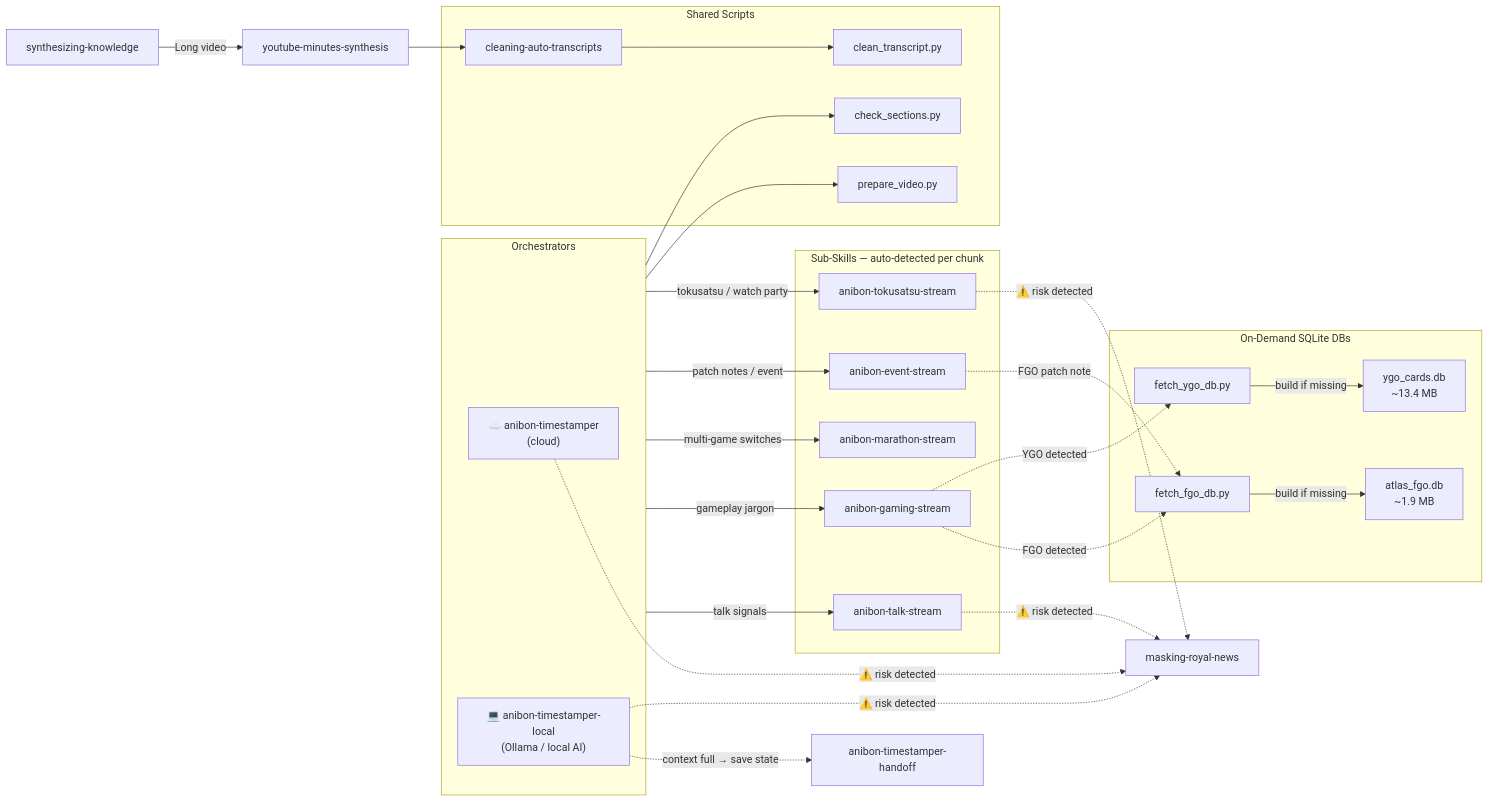
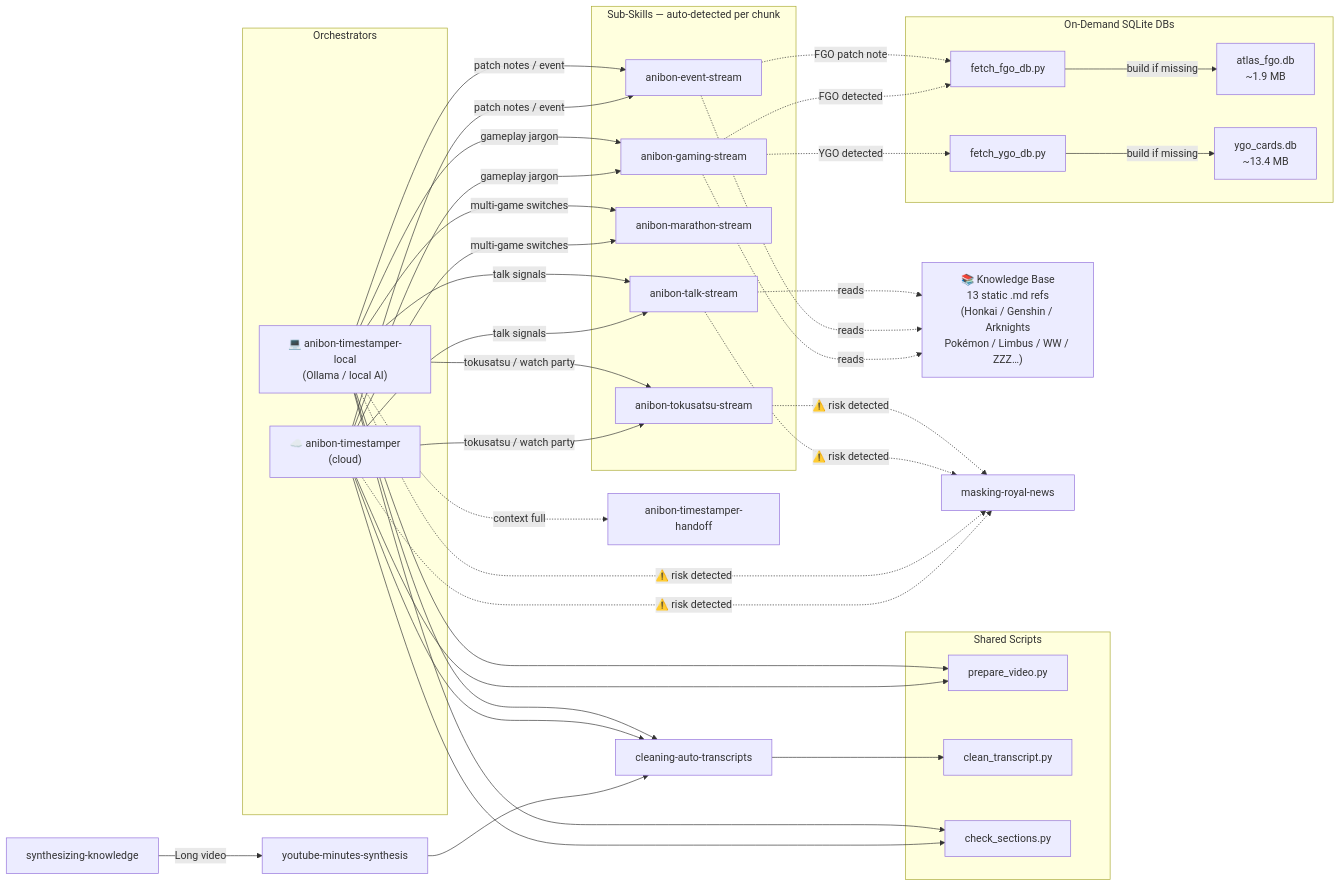
Before and after one commit to ZenitHTH/anibon-stream-synthesis: the diagram in README.md, drawn with Mermaid.

Commit message:
fix graph: add Knowledge Base node, fix CAT placement, restore AT/ATL→CAT edges, fix subgraph-to-node edges

````diff
--- a/README.md
+++ b/README.md
@@ -105,60 +105,76 @@
 ```mermaid
 graph LR
     subgraph Orchestrators
         AT["☁️ anibon-timestamper\n(cloud)"]
         ATL["💻 anibon-timestamper-local\n(Ollama / local AI)"]
     end
 
-    subgraph Sub-Skills["Sub-Skills — auto-detected per chunk"]
+    subgraph SubSkills["Sub-Skills — auto-detected per chunk"]
         TS[anibon-talk-stream]
         GS[anibon-gaming-stream]
         MS[anibon-marathon-stream]
         ES[anibon-event-stream]
         TK[anibon-tokusatsu-stream]
     end
 
     subgraph Scripts["Shared Scripts"]
         PV[prepare_video.py]
-        CAT[cleaning-auto-transcripts]
         CT[clean_transcript.py]
         CS[check_sections.py]
     end
 
     subgraph DBs["On-Demand SQLite DBs"]
         FGOS[fetch_fgo_db.py]
         YGOS[fetch_ygo_db.py]
         FGODB["atlas_fgo.db\n~1.9 MB"]
         YGODB["ygo_cards.db\n~13.4 MB"]
     end
 
+    KB["📚 Knowledge Base\n13 static .md refs\n(Honkai / Genshin / Arknights\nPokémon / Limbus / WW / ZZZ…)"]
+
+    %% Entry points
     SK[synthesizing-knowledge] -->|Long video| YMS[youtube-minutes-synthesis]
-    YMS --> CAT
-
-    %% Both orchestrators share the same sub-skill routing
-    Orchestrators -->|talk signals| TS
-    Orchestrators -->|gameplay jargon| GS
-    Orchestrators -->|multi-game switches| MS
-    Orchestrators -->|patch notes / event| ES
-    Orchestrators -->|tokusatsu / watch party| TK
-
-    %% Both use shared scripts
-    Orchestrators --> PV
-    Orchestrators --> CS
+    YMS --> CAT[cleaning-auto-transcripts]
     CAT --> CT
 
+    %% Orchestrators → transcript prep & cleanup
+    AT --> PV
+    AT --> CAT
+    AT --> CS
+    ATL --> PV
+    ATL --> CAT
+    ATL --> CS
+
+    %% Orchestrators → sub-skill routing (auto-detected per chunk)
+    AT -->|talk signals| TS
+    AT -->|gameplay jargon| GS
+    AT -->|multi-game switches| MS
+    AT -->|patch notes / event| ES
+    AT -->|tokusatsu / watch party| TK
+    ATL -->|talk signals| TS
+    ATL -->|gameplay jargon| GS
+    ATL -->|multi-game switches| MS
+    ATL -->|patch notes / event| ES
+    ATL -->|tokusatsu / watch party| TK
+
+    %% Sub-skills read static knowledge base
+    GS -.->|reads| KB
+    ES -.->|reads| KB
+    TS -.->|reads| KB
+
     %% ATL-only: handoff for context exhaustion
-    ATL -.->|"context full → save state"| ATH[anibon-timestamper-handoff]
+    ATL -.->|context full| ATH[anibon-timestamper-handoff]
 
     %% Safety masking — only when risk signals detected
     AT -.->|"⚠️ risk detected"| MRN[masking-royal-news]
     ATL -.->|"⚠️ risk detected"| MRN
     TS -.->|"⚠️ risk detected"| MRN
     TK -.->|"⚠️ risk detected"| MRN
 
-    %% DB bootstrap chain
+    %% DB bootstrap chain — triggered by game content detection
     GS -.->|FGO detected| FGOS
     ES -.->|FGO patch note| FGOS
     GS -.->|YGO detected| YGOS
     FGOS -->|build if missing| FGODB
     YGOS -->|build if missing| YGODB
 ```
````
